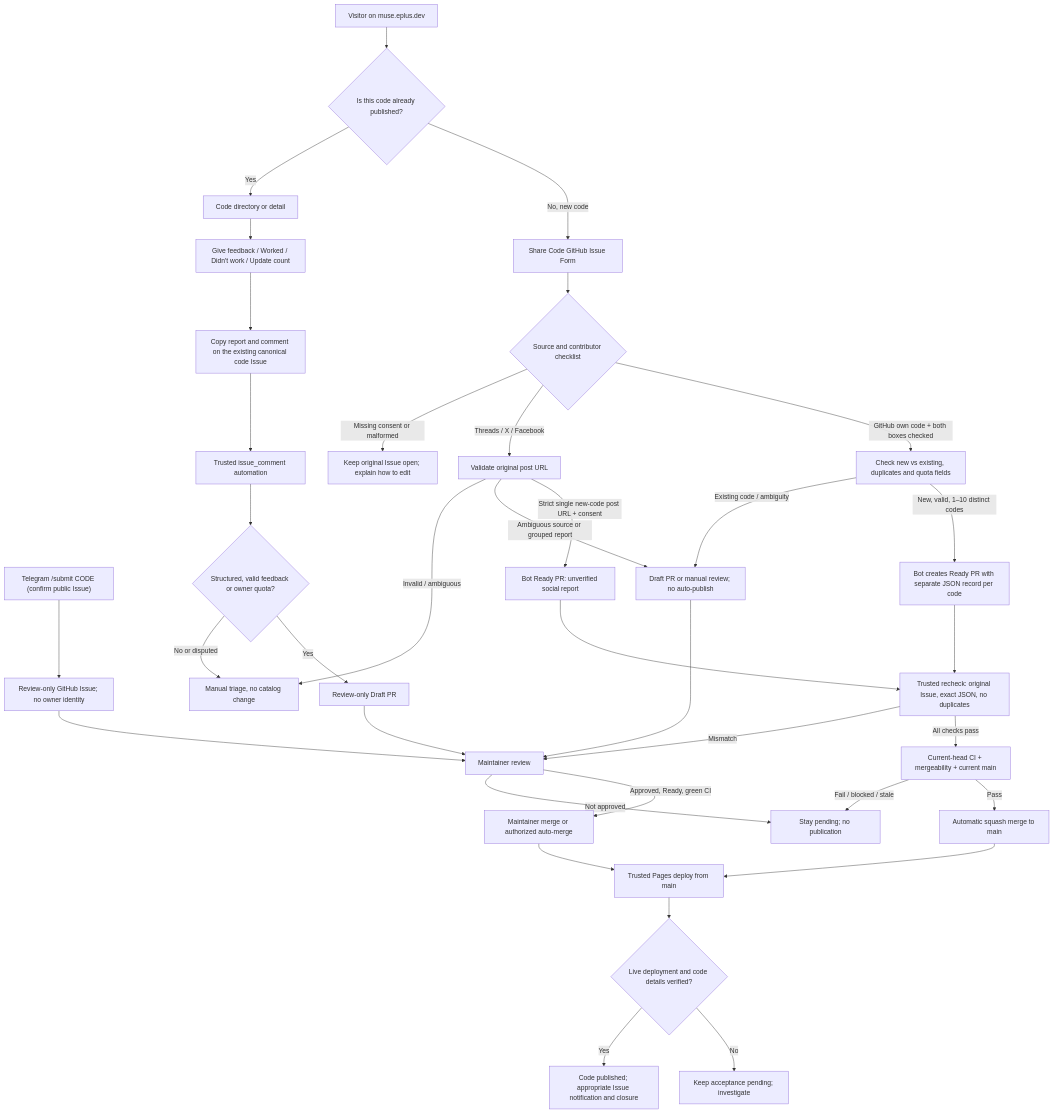
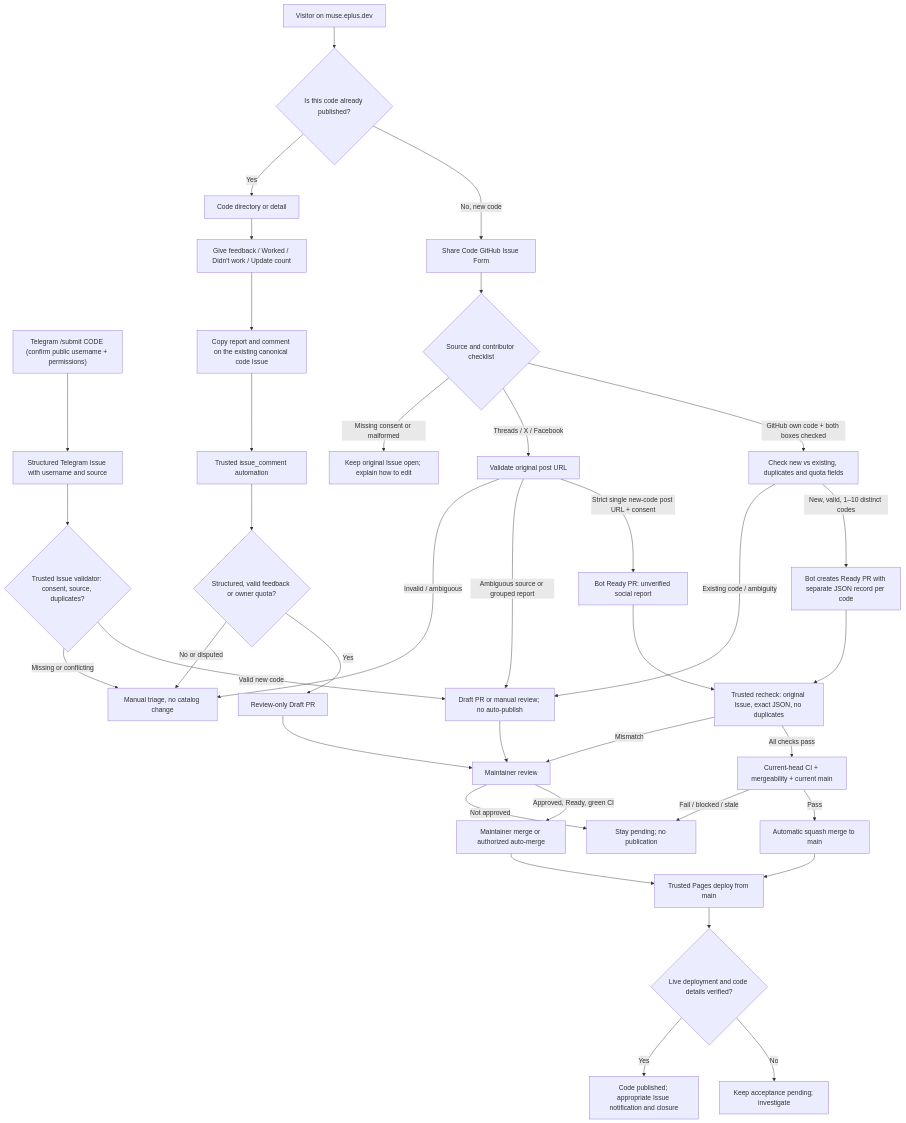
Before and after one commit to ePlus-DEV/muse-invite-hub: the first of 2 diagrams in docs/CONTRIBUTION_FLOW.md, drawn with Mermaid. The commit also changed other lines of this file, not shown here.

Commit message:
docs(telegram): describe automatic review-only Draft PR queue

````diff
--- a/docs/CONTRIBUTION_FLOW.md
+++ b/docs/CONTRIBUTION_FLOW.md
@@ -9,38 +9,40 @@
 ```mermaid
 flowchart TD
     A["Visitor on muse.eplus.dev"] --> B{"Is this code already published?"}
-    TG["Telegram /submit CODE (confirm public Issue)"] --> TGI["Review-only GitHub Issue; no owner identity"]
-    TGI --> R
+    TG["Telegram /submit CODE (confirm public username + permissions)"] --> TGI["Structured Telegram Issue with username and source"]
+    TGI --> TGD{"Trusted Issue validator: consent, source, duplicates?"}
+    TGD -->|"Valid new code"| P
+    TGD -->|"Missing or conflicting"| J
     B -->|"No, new code"| C["Share Code GitHub Issue Form"]
     B -->|"Yes"| D["Code directory or detail"]
     D --> E["Give feedback / Worked / Didn't work / Update count"]
     E --> F["Copy report and comment on the existing canonical code Issue"]
     F --> G["Trusted issue_comment automation"]
     G --> H{"Structured, valid feedback or owner quota?"}
     H -->|"Yes"| I["Review-only Draft PR"]
     H -->|"No or disputed"| J["Manual triage, no catalog change"]
     C --> K{"Source and contributor checklist"}
     K -->|"GitHub own code + both boxes checked"| L["Check new vs existing, duplicates and quota fields"]
     K -->|"Threads / X / Facebook"| M["Validate original post URL"]
     K -->|"Missing consent or malformed"| N["Keep original Issue open; explain how to edit"]
     L -->|"New, valid, 1–10 distinct codes"| O["Bot creates Ready PR with separate JSON record per code"]
     L -->|"Existing code / ambiguity"| P["Draft PR or manual review; no auto-publish"]
     M -->|"Strict single new-code post URL + consent"| Q["Bot Ready PR: unverified social report"]
     M -->|"Ambiguous source or grouped report"| P
     M -->|"Invalid / ambiguous"| J
     I --> R["Maintainer review"]
     P --> R
     Q --> S
     O --> S["Trusted recheck: original Issue, exact JSON, no duplicates"]
     S -->|"All checks pass"| T["Current-head CI + mergeability + current main"]
     S -->|"Mismatch"| R
     T -->|"Pass"| U["Automatic squash merge to main"]
     T -->|"Fail / blocked / stale"| V["Stay pending; no publication"]
     R -->|"Approved, Ready, green CI"| W["Maintainer merge or authorized auto-merge"]
     R -->|"Not approved"| V
     U --> X["Trusted Pages deploy from main"]
     W --> X
     X --> Y{"Live deployment and code details verified?"}
     Y -->|"No"| Z["Keep acceptance pending; investigate"]
     Y -->|"Yes"| AA["Code published; appropriate Issue notification and closure"]
 ```
````
